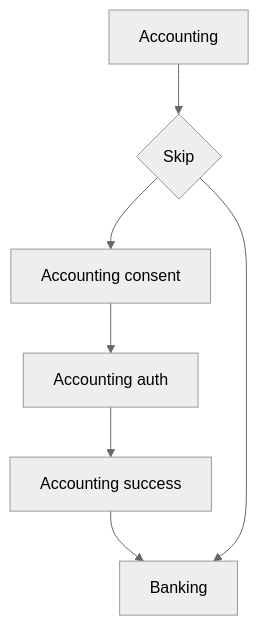
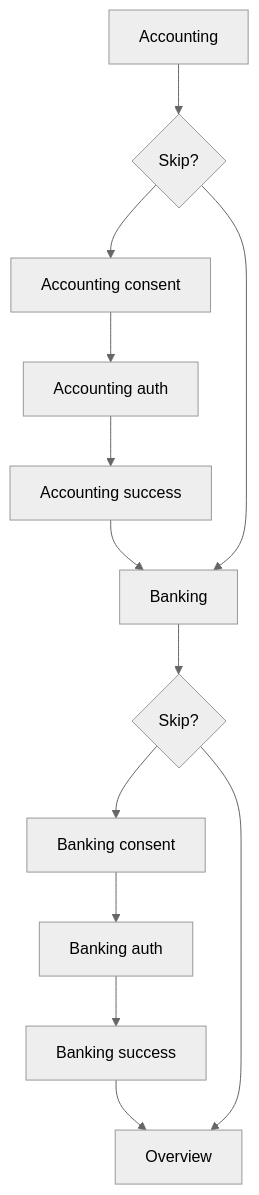
Before and after one commit to mcclowes/mermaid-examples: the second of 2 diagrams in README.md, drawn with Mermaid (neutral theme).

````diff
--- a/README.md
+++ b/README.md
@@ -14,9 +14,15 @@
 ```mermaid
 graph TD;
-    A[Accounting]-->B{Skip};
+    A[Accounting]-->B{Skip?};
     B-->C[Accounting consent];
     C-->D[Accounting auth];
     D-->E[Accounting success];
     E-->F[Banking]
     B-->F
+    F-->G{Skip?};
+    G-->H[Banking consent];
+    H-->I[Banking auth];
+    I-->J[Banking success];
+    J-->K[Overview]
+    G-->K
 ```
````
